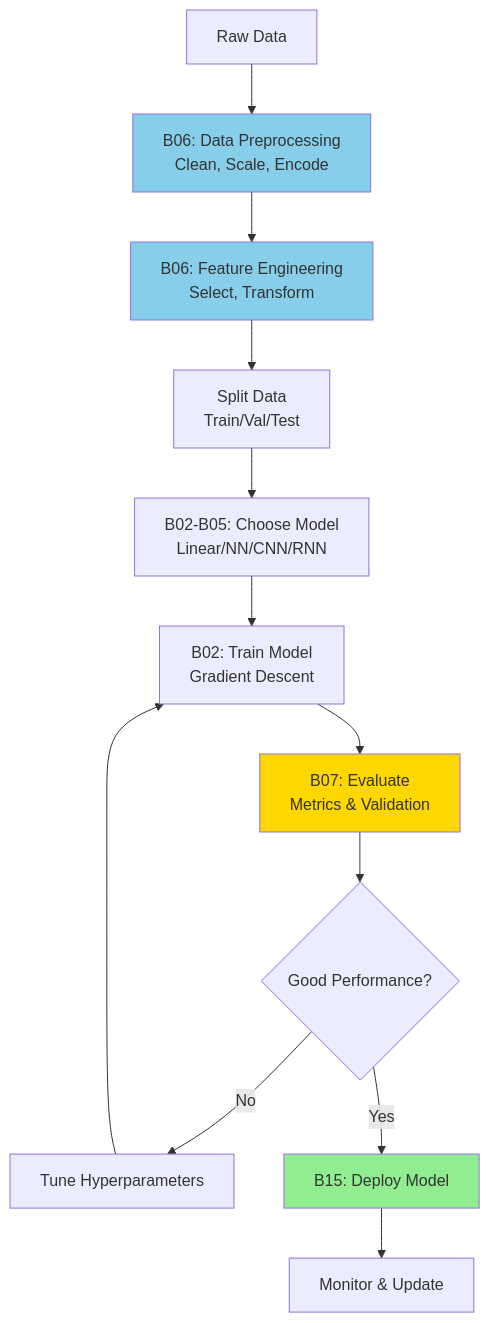
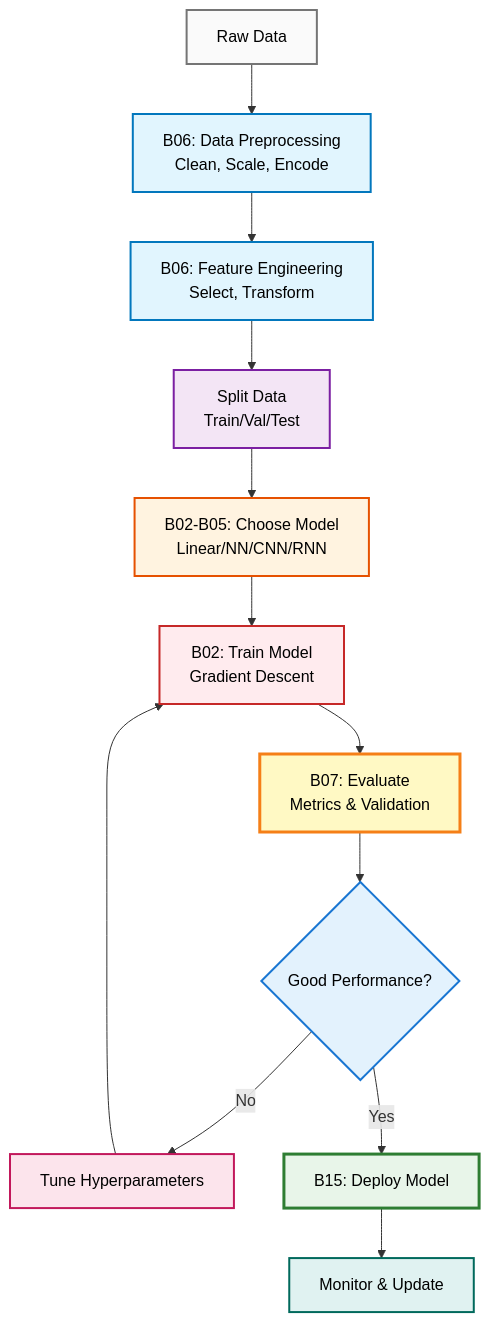
Before and after one commit to nexageapps/AI: the sixth of 10 diagrams in Basic/README.md, drawn with Mermaid. The commit also changed other lines of this file, not shown here.

````diff
--- a/Basic/README.md
+++ b/Basic/README.md
@@ -322,19 +326,26 @@
 ```mermaid
 graph TD
-    A[Raw Data] --> B[B06: Data Preprocessing<br/>Clean, Scale, Encode]
-    B --> C[B06: Feature Engineering<br/>Select, Transform]
-    C --> D[Split Data<br/>Train/Val/Test]
-    D --> E[B02-B05: Choose Model<br/>Linear/NN/CNN/RNN]
-    E --> F[B02: Train Model<br/>Gradient Descent]
-    F --> G[B07: Evaluate<br/>Metrics & Validation]
-    G --> H{Good Performance?}
-    H -->|No| I[Tune Hyperparameters]
+    A["Raw Data"] --> B["B06: Data Preprocessing<br/>Clean, Scale, Encode"]
+    B --> C["B06: Feature Engineering<br/>Select, Transform"]
+    C --> D["Split Data<br/>Train/Val/Test"]
+    D --> E["B02-B05: Choose Model<br/>Linear/NN/CNN/RNN"]
+    E --> F["B02: Train Model<br/>Gradient Descent"]
+    F --> G["B07: Evaluate<br/>Metrics & Validation"]
+    G --> H{"Good Performance?"}
+    H -->|"No"| I["Tune Hyperparameters"]
     I --> F
-    H -->|Yes| J[B15: Deploy Model]
-    J --> K[Monitor & Update]
+    H -->|"Yes"| J["B15: Deploy Model"]
+    J --> K["Monitor & Update"]
     
-    style B fill:#87CEEB
-    style C fill:#87CEEB
-    style G fill:#FFD700
-    style J fill:#90EE90
+    style A fill:#fafafa,stroke:#757575,stroke-width:2px,color:#000
+    style B fill:#e1f5fe,stroke:#0277bd,stroke-width:2px,color:#000
+    style C fill:#e1f5fe,stroke:#0277bd,stroke-width:2px,color:#000
+    style D fill:#f3e5f5,stroke:#7b1fa2,stroke-width:2px,color:#000
+    style E fill:#fff3e0,stroke:#e65100,stroke-width:2px,color:#000
+    style F fill:#ffebee,stroke:#c62828,stroke-width:2px,color:#000
+    style G fill:#fff9c4,stroke:#f57f17,stroke-width:3px,color:#000
+    style H fill:#e3f2fd,stroke:#1976d2,stroke-width:2px,color:#000
+    style I fill:#fce4ec,stroke:#c2185b,stroke-width:2px,color:#000
+    style J fill:#e8f5e9,stroke:#2e7d32,stroke-width:3px,color:#000
+    style K fill:#e0f2f1,stroke:#00695c,stroke-width:2px,color:#000
 ```
````
